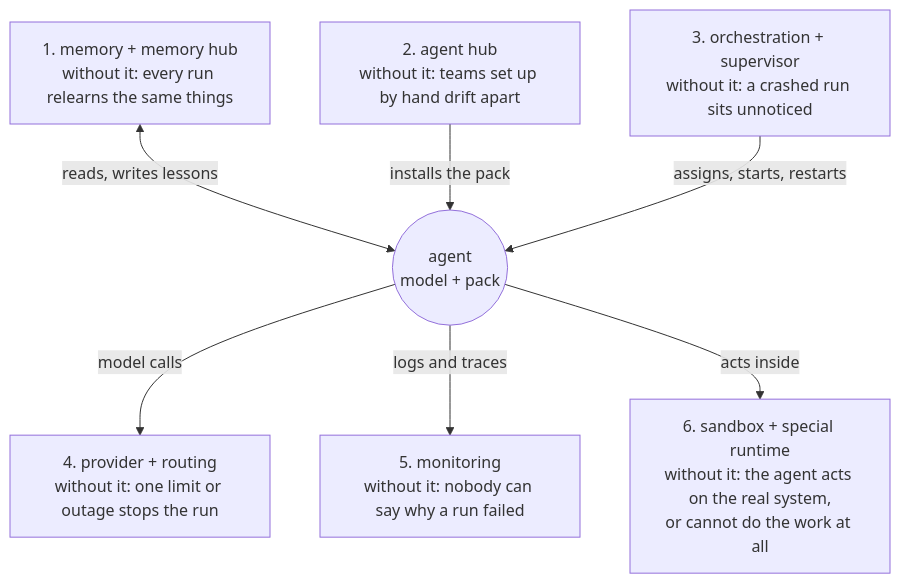
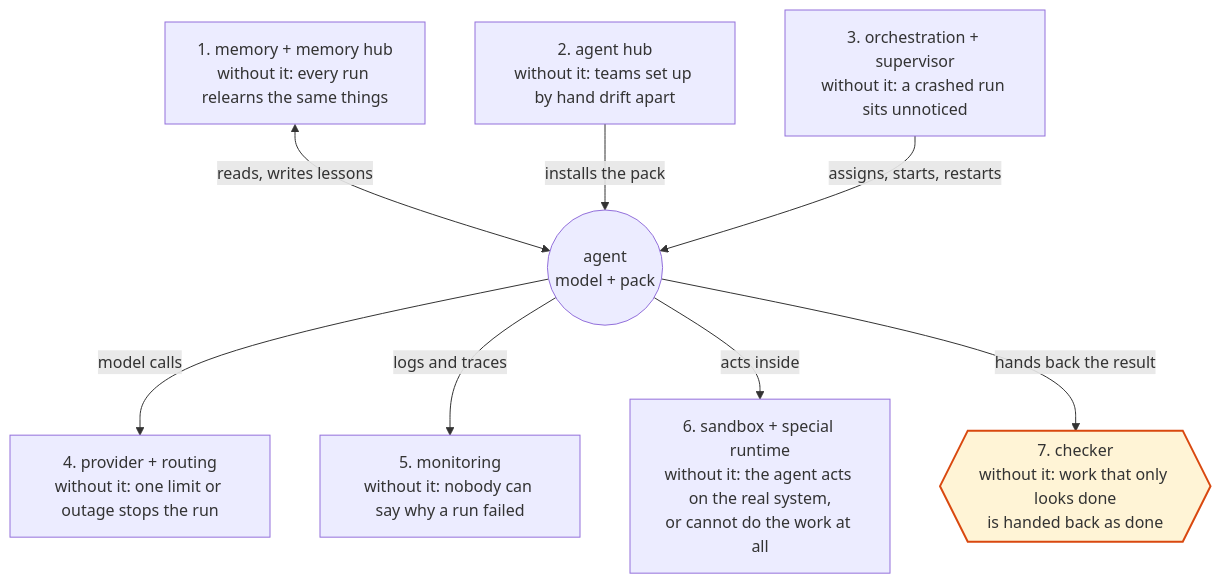
One commit to locchh/blogs changed the first of 3 diagrams in src/content/blog/morden_ai_agent_system.md. Above: the diagram before and after it, drawn with Mermaid. The commit also changed other lines of this file, not shown here.

First line of the commit message:
docs(blog): make the checker the seventh building block

````diff
--- a/src/content/blog/morden_ai_agent_system.md
+++ b/src/content/blog/morden_ai_agent_system.md
@@ -15,16 +15,20 @@
 ```mermaid
 flowchart TB
   MEM["1. memory + memory hub<br/>without it: every run relearns the same things"]
   HUBA["2. agent hub<br/>without it: teams set up by hand drift apart"]
   ORC["3. orchestration + supervisor<br/>without it: a crashed run sits unnoticed"]
   AG(("agent<br/>model + pack"))
   RT["4. provider + routing<br/>without it: one limit or outage stops the run"]
   MON["5. monitoring<br/>without it: nobody can say why a run failed"]
   ENV["6. sandbox + special runtime<br/>without it: the agent acts on the real system,<br/>or cannot do the work at all"]
+  CHK{{"7. checker<br/>without it: work that only looks done<br/>is handed back as done"}}
   MEM <-->|"reads, writes lessons"| AG
   HUBA -->|"installs the pack"| AG
   ORC -->|"assigns, starts, restarts"| AG
   AG -->|"model calls"| RT
   AG -->|"logs and traces"| MON
   AG -->|"acts inside"| ENV
+  AG -->|"hands back the result"| CHK
+  class CHK check
+  classDef check fill:#fff4d6,stroke:#d9480f,stroke-width:2px
 ```
````
